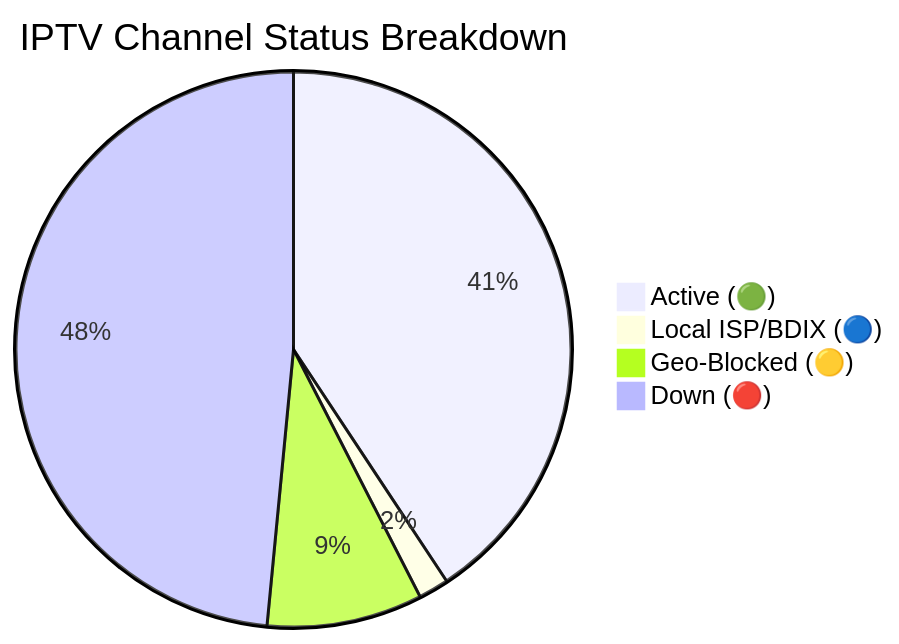
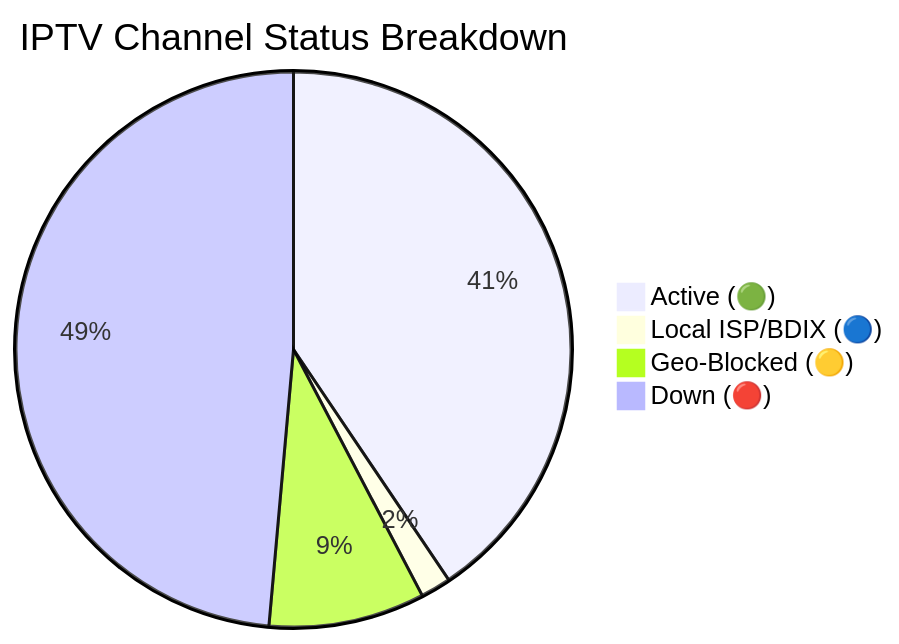
One commit to andreataylord/Ip-tv-Collection changed the diagram in README.md. Above: the diagram before and after it, drawn with Mermaid. The commit also changed other lines of this file and 1 other file, not shown here.

Commit message:
docs(readme): auto-update daily channel status chart

````diff
--- a/README.md
+++ b/README.md
@@ -59,7 +59,7 @@
 ```mermaid
 pie title IPTV Channel Status Breakdown
-    "Active (🟢)" : 2953
+    "Active (🟢)" : 2943
     "Local ISP/BDIX (🔵)" : 128
-    "Geo-Blocked (🟡)" : 657
-    "Down (🔴)" : 3517
+    "Geo-Blocked (🟡)" : 659
+    "Down (🔴)" : 3525
 ```
````
